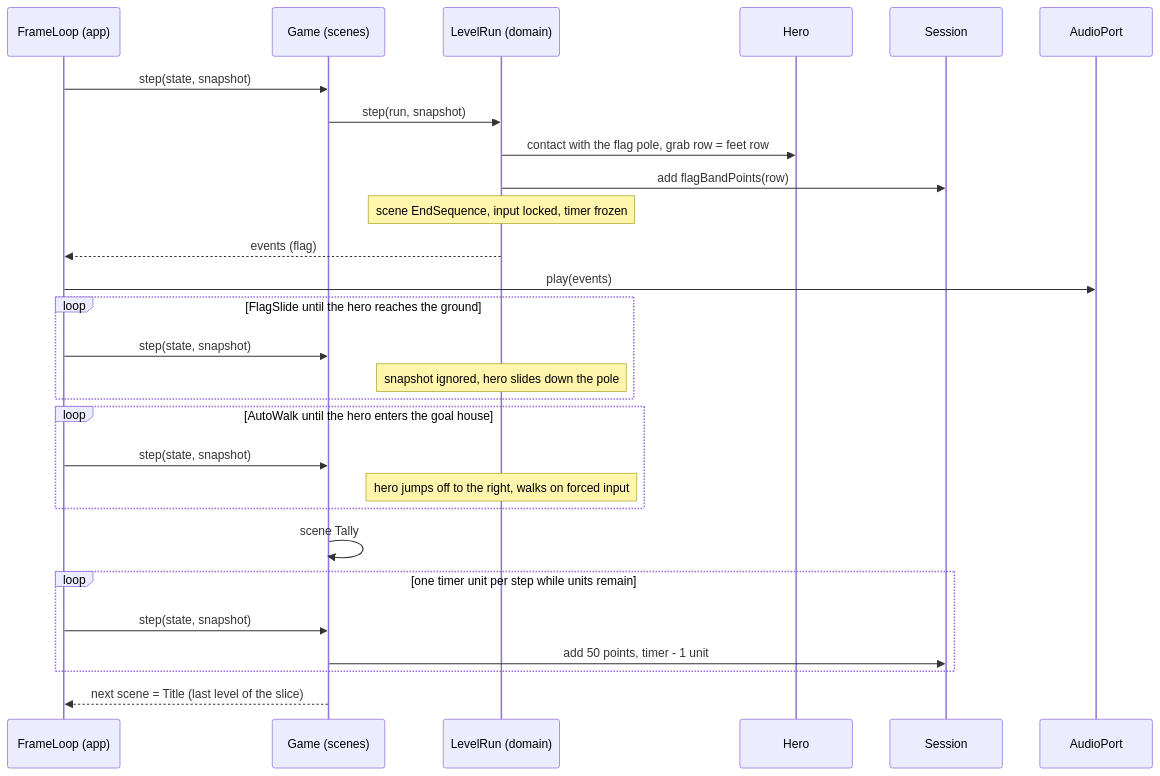
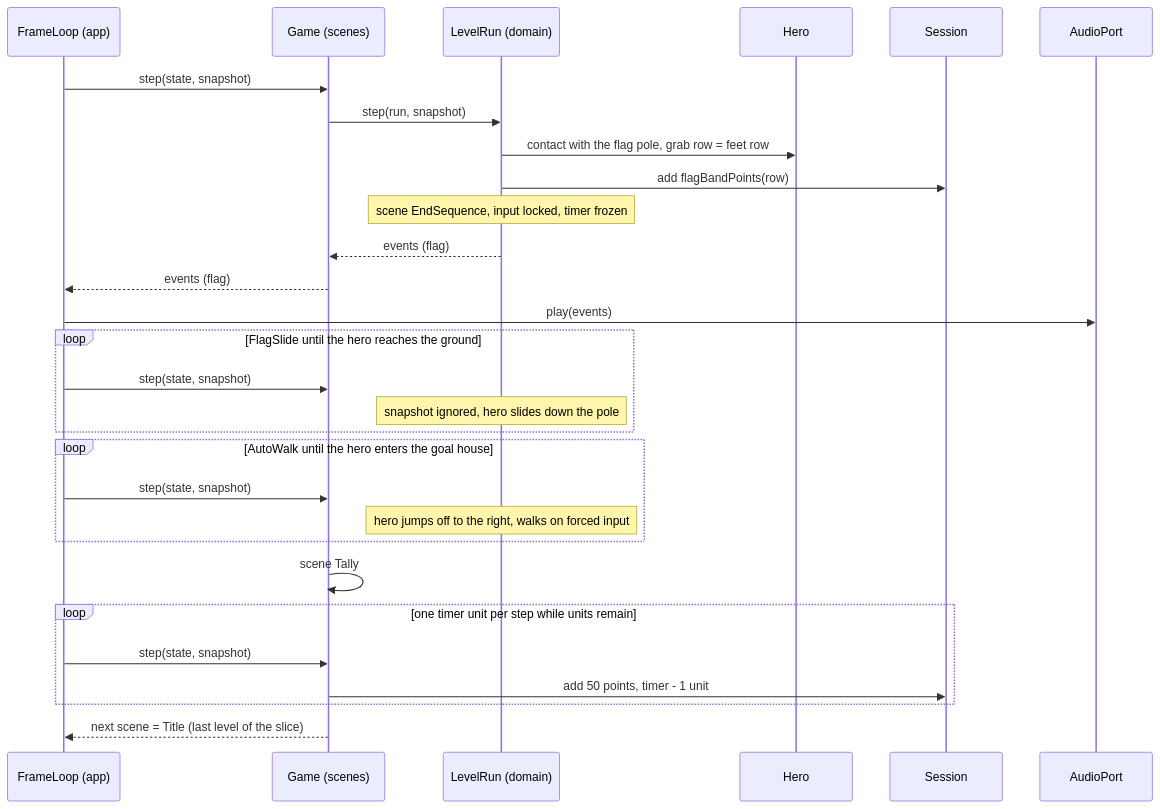
One commit to benoit-bremaud/retro-plumber changed the diagram in docs/architecture/diagrams/gameplay/12-sequence-flag-tally.md. Above: the diagram before and after it, drawn with Mermaid. The commit also changed 1 other file, not shown here.

Commit message:
docs(uml): address second Codex review on sequences 12, 14 (#7)

````diff
--- a/docs/architecture/diagrams/gameplay/12-sequence-flag-tally.md
+++ b/docs/architecture/diagrams/gameplay/12-sequence-flag-tally.md
@@ -15,30 +15,31 @@
 ```mermaid
 sequenceDiagram
     participant FL as FrameLoop (app)
     participant G as Game (scenes)
     participant LR as LevelRun (domain)
     participant H as Hero
     participant Sess as Session
     participant Snd as AudioPort
     FL->>G: step(state, snapshot)
     G->>LR: step(run, snapshot)
     LR->>H: contact with the flag pole, grab row = feet row
     LR->>Sess: add flagBandPoints(row)
     Note over LR: scene EndSequence, input locked, timer frozen
-    LR-->>FL: events (flag)
+    LR-->>G: events (flag)
+    G-->>FL: events (flag)
     FL->>Snd: play(events)
     loop FlagSlide until the hero reaches the ground
         FL->>G: step(state, snapshot)
         Note over LR: snapshot ignored, hero slides down the pole
     end
     loop AutoWalk until the hero enters the goal house
         FL->>G: step(state, snapshot)
         Note over LR: hero jumps off to the right, walks on forced input
     end
     G->>G: scene Tally
     loop one timer unit per step while units remain
         FL->>G: step(state, snapshot)
         G->>Sess: add 50 points, timer - 1 unit
     end
     G-->>FL: next scene = Title (last level of the slice)
 ```
````
